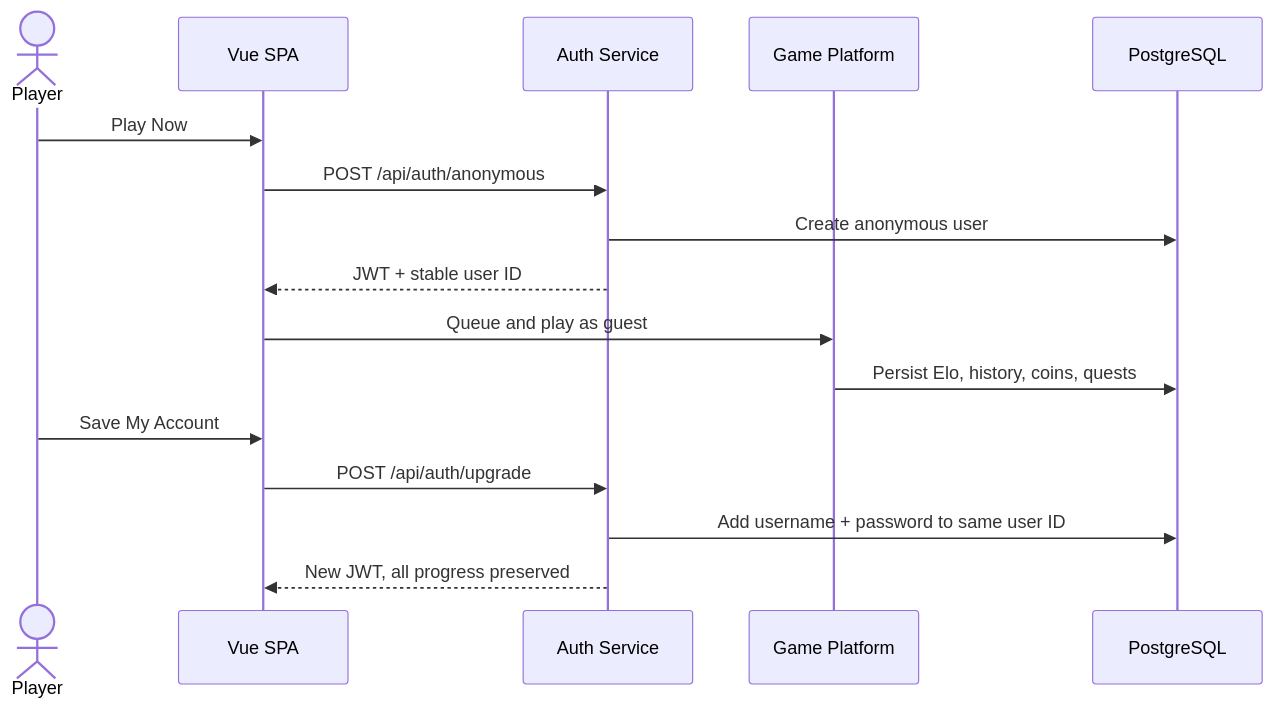
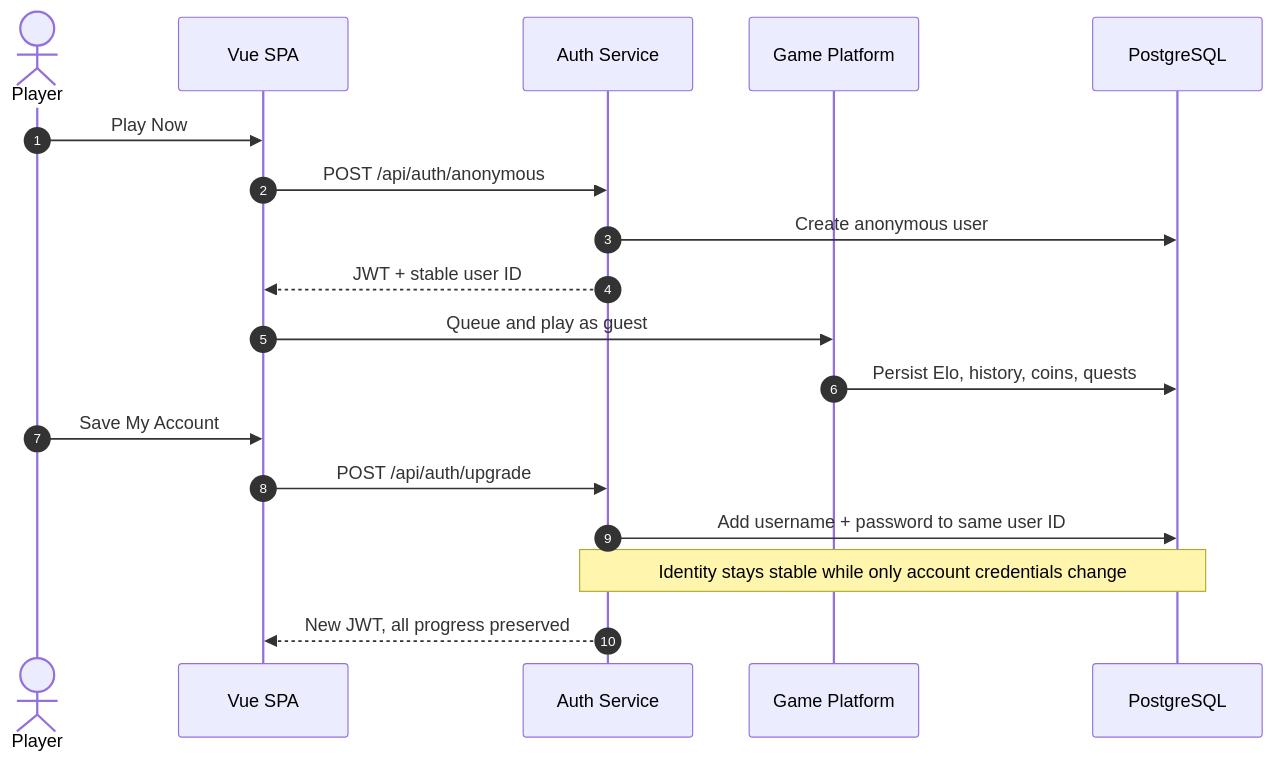
Before and after one commit to longtmb2003/longtmb2003: the second of 5 diagrams in README.md, drawn with Mermaid. The commit also changed other lines of this file and 2 other files, not shown here.

Commit message:
docs: elevate profile visual identity

````diff
--- a/README.md
+++ b/README.md
@@ -101,20 +134,22 @@
 ```mermaid
 sequenceDiagram
+    autonumber
     actor Player
     participant SPA as Vue SPA
     participant Auth as Auth Service
     participant Game as Game Platform
     participant DB as PostgreSQL
 
     Player->>SPA: Play Now
     SPA->>Auth: POST /api/auth/anonymous
     Auth->>DB: Create anonymous user
     Auth-->>SPA: JWT + stable user ID
     SPA->>Game: Queue and play as guest
     Game->>DB: Persist Elo, history, coins, quests
 
     Player->>SPA: Save My Account
     SPA->>Auth: POST /api/auth/upgrade
     Auth->>DB: Add username + password to same user ID
+    Note over Auth,DB: Identity stays stable while only account credentials change
     Auth-->>SPA: New JWT, all progress preserved
 ```
````
